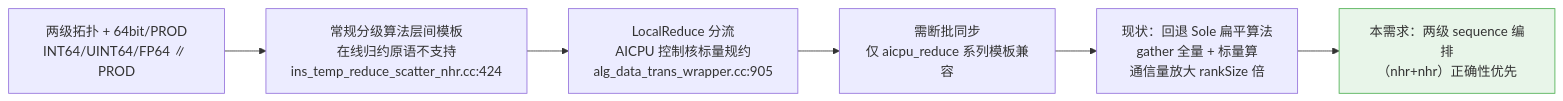
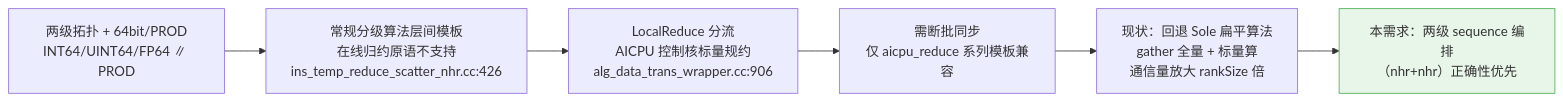
Before and after one commit to cassielee-tech/my-lib: the first of 5 diagrams in design/26RP4/Reduce 64bit+特殊规约分级算法/srs&sd.md, drawn with Mermaid. The commit also changed other lines of this file, not shown here.

````diff
--- a/design/26RP4/Reduce 64bit+特殊规约分级算法/srs&sd.md
+++ b/design/26RP4/Reduce 64bit+特殊规约分级算法/srs&sd.md
@@ -28,9 +28,9 @@
 ```mermaid
 flowchart LR
-    A["两级拓扑 + 64bit/PROD<br/>INT64/UINT64/FP64 ∥ PROD"] --> B["常规分级算法层间模板<br/>在线归约原语不支持<br/>ins_temp_reduce_scatter_nhr.cc:424"]
-    B --> C["LocalReduce 分流<br/>AICPU 控制核标量规约<br/>alg_data_trans_wrapper.cc:905"]
+    A["两级拓扑 + 64bit/PROD<br/>INT64/UINT64/FP64 ∥ PROD"] --> B["常规分级算法层间模板<br/>在线归约原语不支持<br/>ins_temp_reduce_scatter_nhr.cc:426"]
+    B --> C["LocalReduce 分流<br/>AICPU 控制核标量规约<br/>alg_data_trans_wrapper.cc:906"]
     C --> D["需断批同步<br/>仅 aicpu_reduce 系列模板兼容"]
     D --> E["现状：回退 Sole 扁平算法<br/>gather 全量 + 标量算<br/>通信量放大 rankSize 倍"]
     E --> F["本需求：两级 sequence 编排<br/>（nhr+nhr）正确性优先"]
     style F fill:#e8f5e9,stroke:#4caf50
 ```
````
